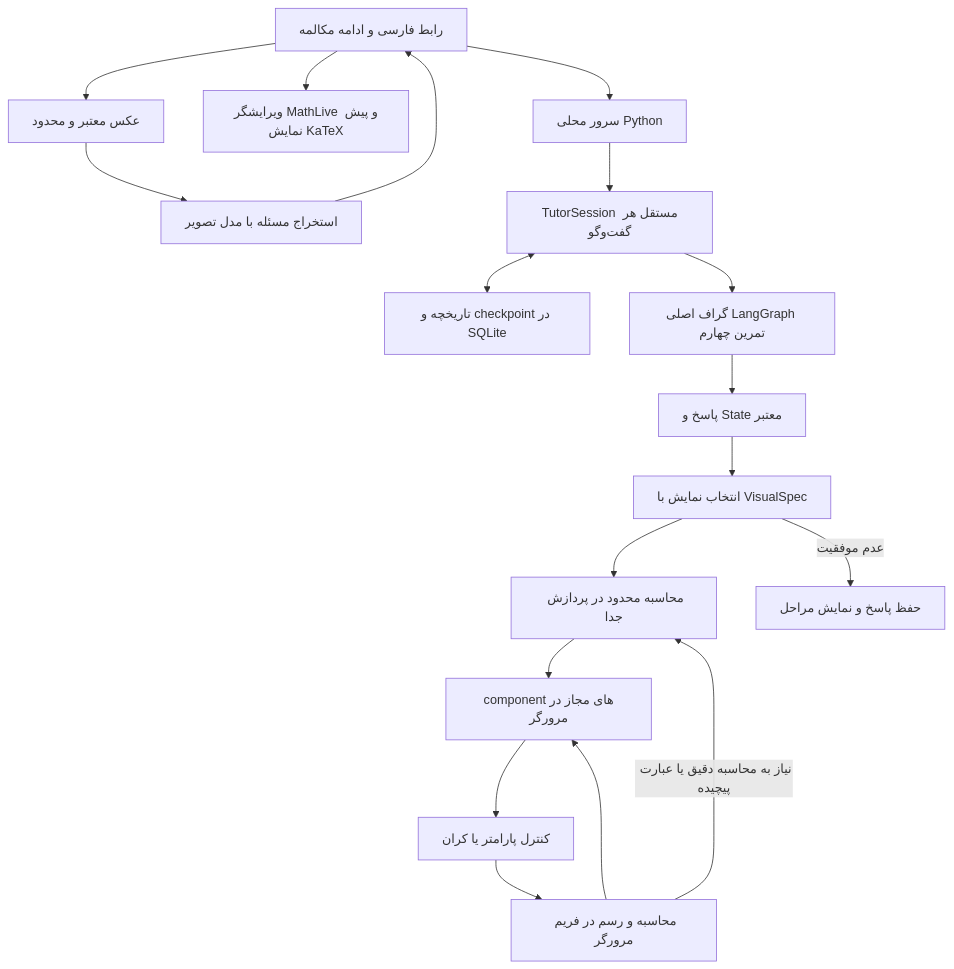
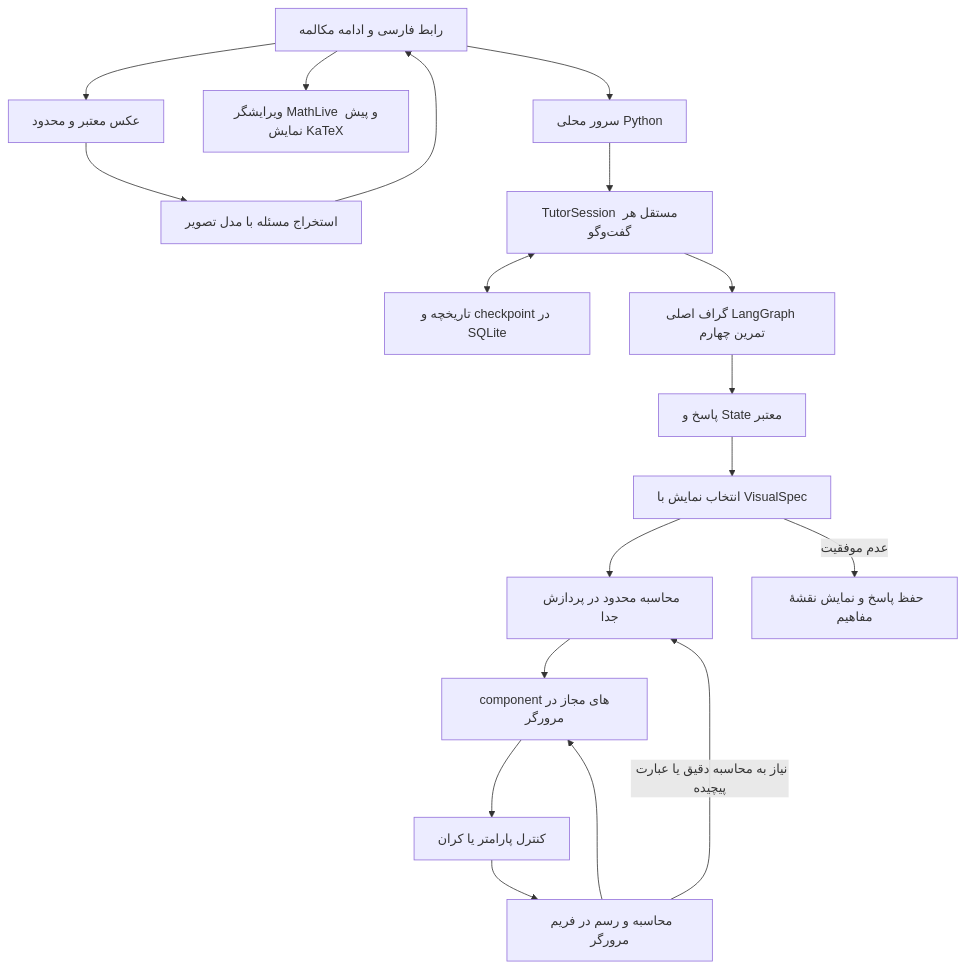
One commit to mohsenalipour/starcoach-hw05-generative-math-ui changed the diagram in ARCHITECTURE.md. Above: the diagram before and after it, drawn with Mermaid. The commit also changed other lines of this file and 17 other files, not shown here.

Commit message:
Require lesson graphics and expand the visual idea gallery

````diff
--- a/ARCHITECTURE.md
+++ b/ARCHITECTURE.md
@@ -5,20 +5,20 @@
 ```mermaid
 flowchart TD
     UI[رابط فارسی و ادامه مکالمه] --> API[سرور محلی Python]
     UI --> EDITOR[ویرایشگر MathLive و پیش نمایش KaTeX]
     UI --> PHOTO[عکس معتبر و محدود]
     PHOTO --> VISION[استخراج مسئله با مدل تصویر]
     VISION --> UI
     API --> SESSION[TutorSession مستقل هر گفت‌وگو]
     SESSION <--> DB[تاریخچه و checkpoint در SQLite]
     SESSION --> CORE[گراف اصلی LangGraph تمرین چهارم]
     CORE --> STATE[پاسخ و State معتبر]
     STATE --> PLAN[انتخاب نمایش با VisualSpec]
     PLAN --> WORKER[محاسبه محدود در پردازش جدا]
     WORKER --> RENDER[componentهای مجاز در مرورگر]
     RENDER --> CONTROLS[کنترل پارامتر یا کران]
     CONTROLS --> LOCAL[محاسبه و رسم در فریم مرورگر]
     LOCAL --> RENDER
     LOCAL -->|نیاز به محاسبه دقیق یا عبارت پیچیده| WORKER
-    PLAN -->|عدم موفقیت| STEPS[حفظ پاسخ و نمایش مراحل]
+    PLAN -->|عدم موفقیت| MAP[حفظ پاسخ و نمایش نقشهٔ مفاهیم]
 ```
````
